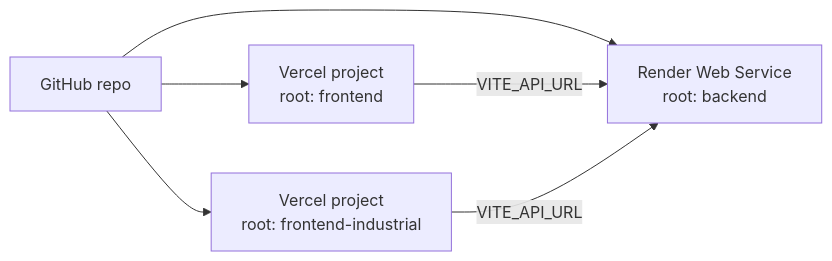
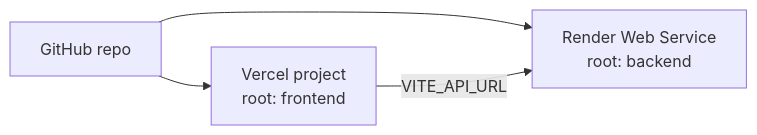
The fifth of 5 diagrams in README.md (honoursbhaduria/checkout), drawn with Mermaid before and after one commit. The commit also changed other lines of this file and 31 other files, not shown here.

````diff
--- a/README.md
+++ b/README.md
@@ -347,7 +339,6 @@
 ```mermaid
 flowchart LR
     GH["GitHub repo"] --> V1["Vercel project<br/>root: frontend"]
-    GH --> V2["Vercel project<br/>root: frontend-industrial"]
     GH --> R["Render Web Service<br/>root: backend"]
-    V1 & V2 -->|"VITE_API_URL"| R
+    V1 -->|"VITE_API_URL"| R
 ```
````
